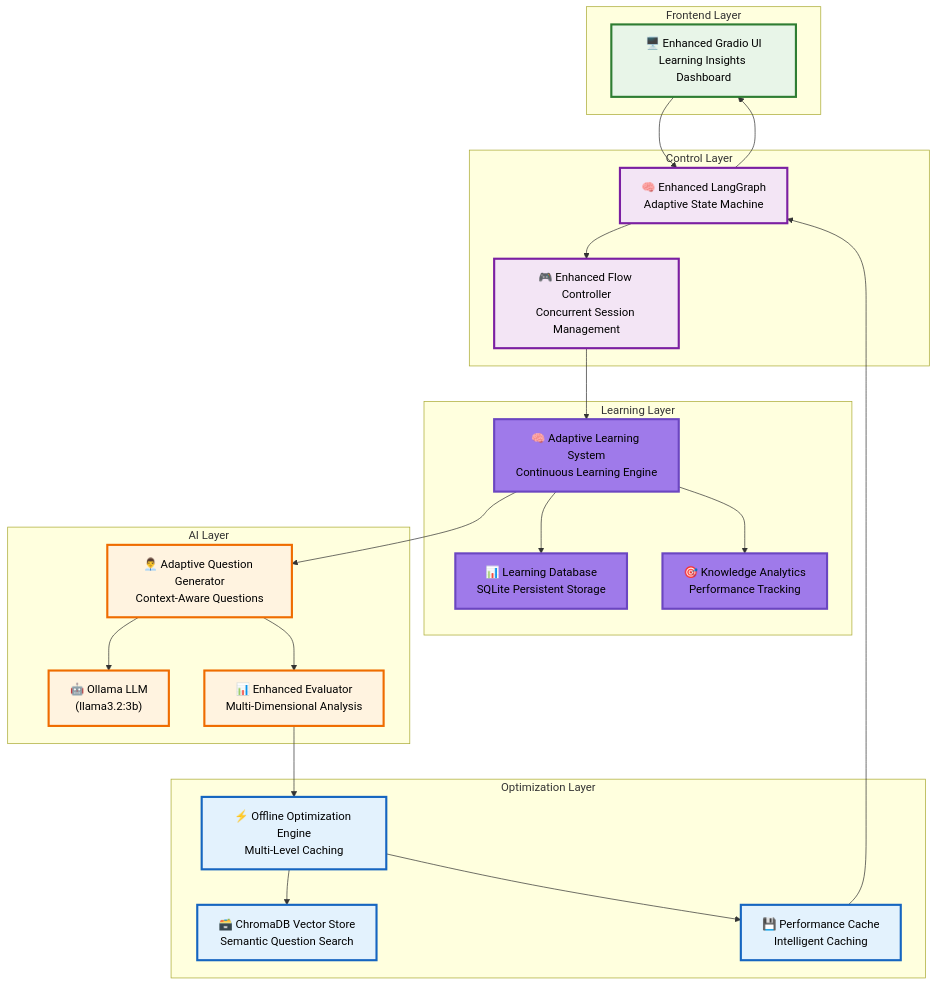
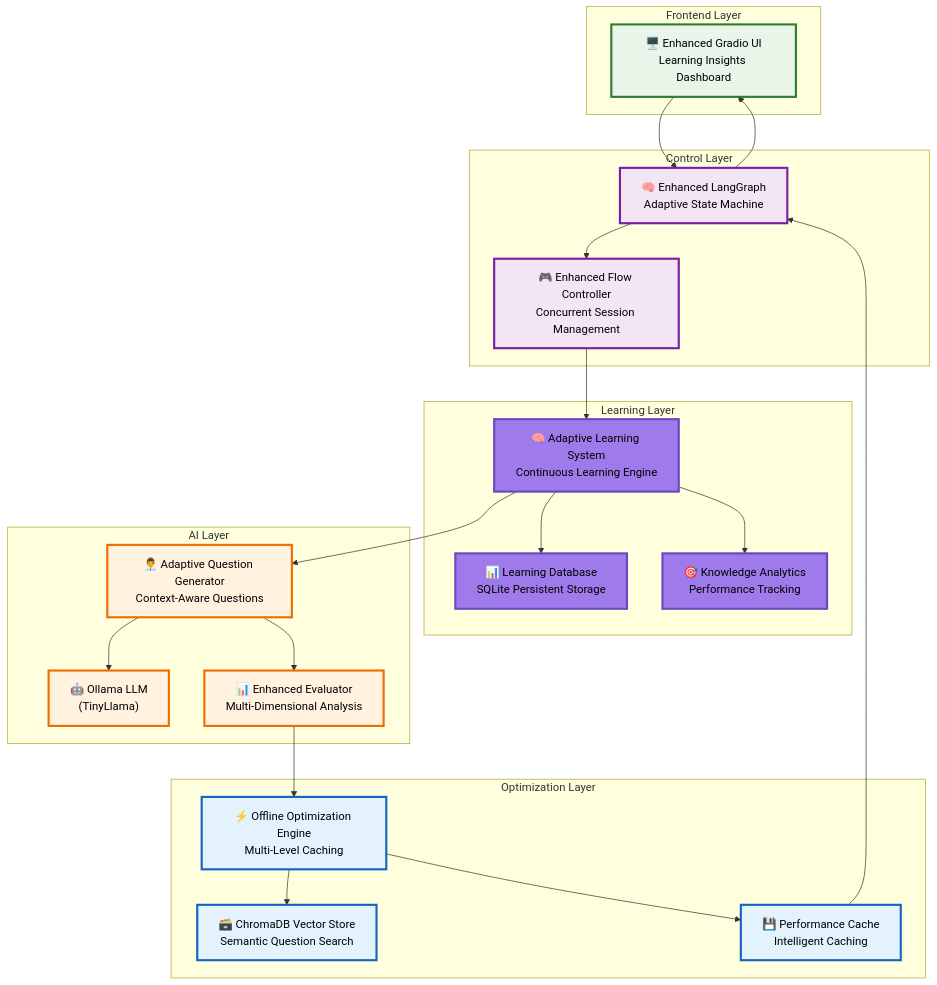
Before and after one commit to VIKAS9793/ai-interviewer-langchain: the first of 4 diagrams in README.md, drawn with Mermaid. The commit also changed other lines of this file and 15 other files, not shown here.

````diff
--- a/README.md
+++ b/README.md
@@ -221,55 +227,55 @@
 ```mermaid
 graph TB
     subgraph "Frontend Layer"
         A["🖥️ Enhanced Gradio UI<br/>Learning Insights Dashboard"]
     end
     
     subgraph "Control Layer" 
         B["🧠 Enhanced LangGraph<br/>Adaptive State Machine"]
         C["🎮 Enhanced Flow Controller<br/>Concurrent Session Management"]
     end
     
     subgraph "Learning Layer"
         D["🧠 Adaptive Learning System<br/>Continuous Learning Engine"]
         E["📊 Learning Database<br/>SQLite Persistent Storage"]
         F["🎯 Knowledge Analytics<br/>Performance Tracking"]
     end
     
     subgraph "AI Layer"
-        G["🤖 Ollama LLM<br/>(llama3.2:3b)"]
+        G["🤖 Ollama LLM<br/>(TinyLlama)"]
         H["👨‍💼 Adaptive Question Generator<br/>Context-Aware Questions"]
         I["📊 Enhanced Evaluator<br/>Multi-Dimensional Analysis"]
     end
     
     subgraph "Optimization Layer"
         J["⚡ Offline Optimization Engine<br/>Multi-Level Caching"]
         K["🗃️ ChromaDB Vector Store<br/>Semantic Question Search"]
         L["💾 Performance Cache<br/>Intelligent Caching"]
     end
     
     A --> B
     B --> C
     C --> D
     D --> E
     D --> F
     D --> H
     H --> G
     H --> I
     I --> J
     J --> K
     J --> L
     L --> B
     B --> A
     
     classDef frontend fill:#e8f5e8,stroke:#2e7d32,stroke-width:3px,color:#000000
     classDef control fill:#f3e5f5,stroke:#7b1fa2,stroke-width:3px,color:#000000
     classDef learning fill:#9f7aea,stroke:#6b46c1,stroke-width:3px,color:#000000
     classDef ai fill:#fff3e0,stroke:#ef6c00,stroke-width:3px,color:#000000
     classDef optimization fill:#e3f2fd,stroke:#1565c0,stroke-width:3px,color:#000000
     
     class A frontend
     class B,C control
     class D,E,F learning
     class G,H,I ai
     class J,K,L optimization
 ```
````
